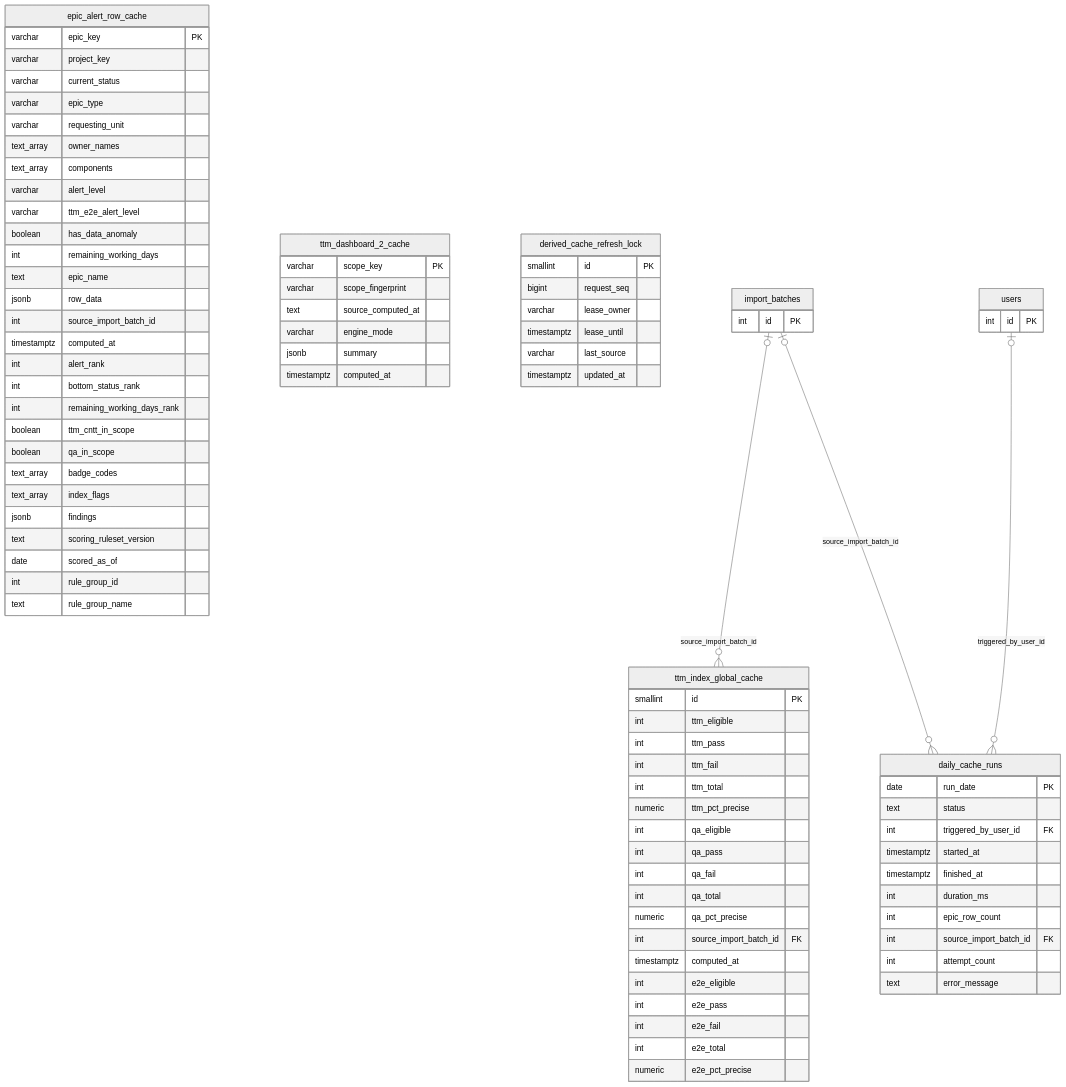
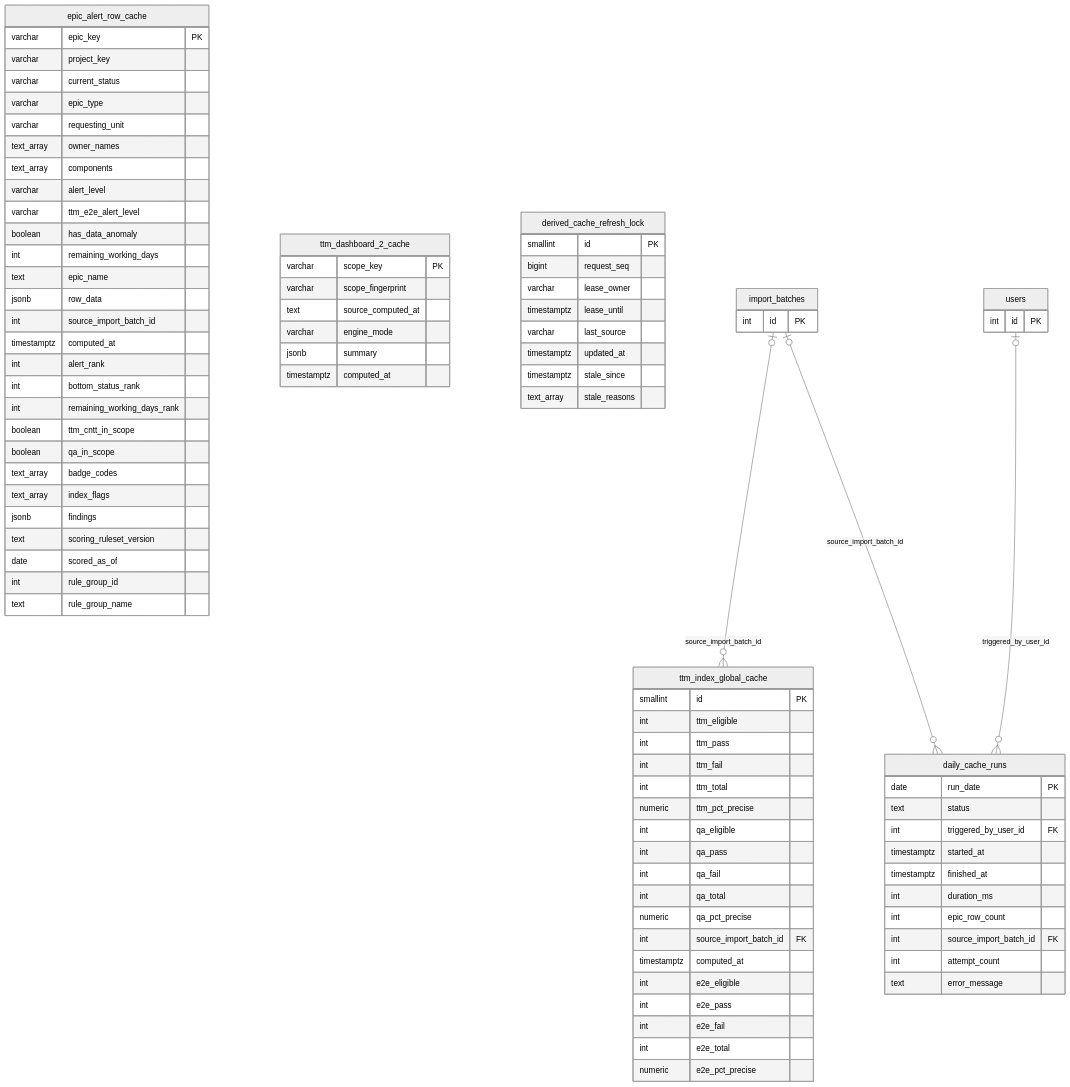
Before and after one commit to dminhbb/ttm-tool: the eighth of 12 diagrams in docs/database-erd.md, drawn with Mermaid (neutral theme). The commit also changed other lines of this file and 44 other files, not shown here.

```diff
--- a/docs/database-erd.md
+++ b/docs/database-erd.md
@@ -1229,6 +1229,8 @@
         timestamptz lease_until
         varchar last_source
         timestamptz updated_at
+        timestamptz stale_since
+        text_array stale_reasons
     }
     import_batches {
         int id PK
```
